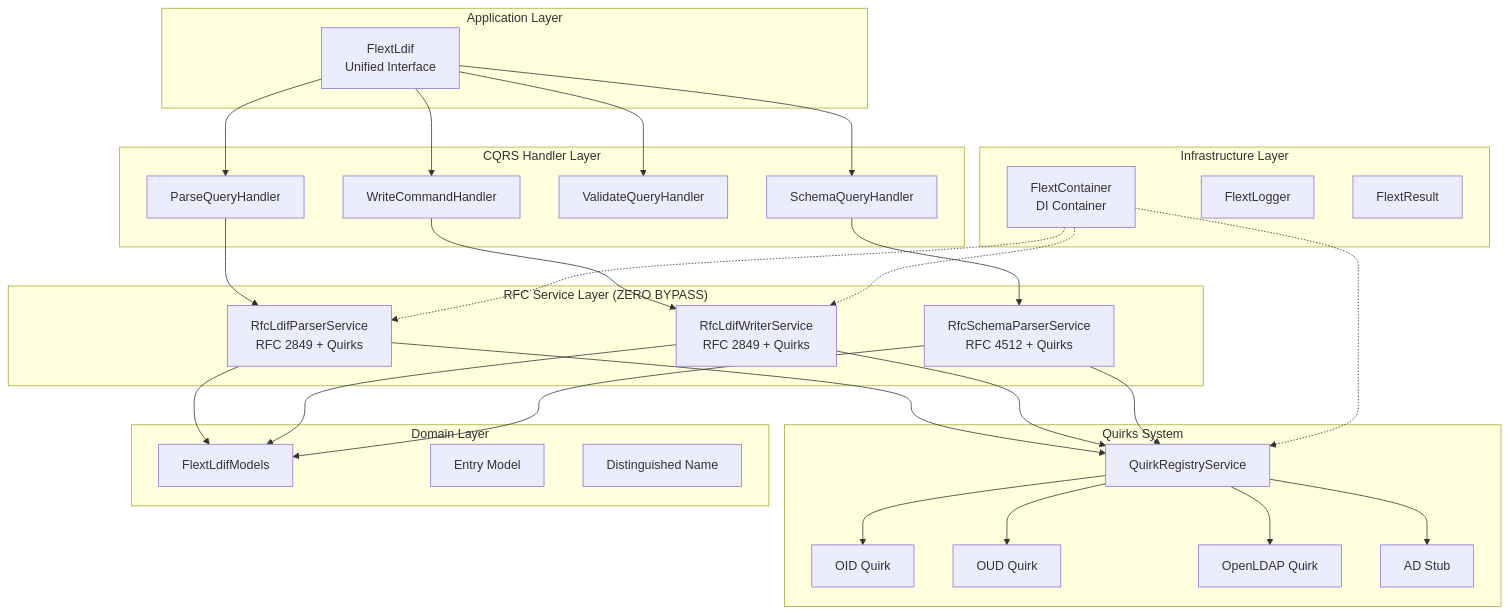
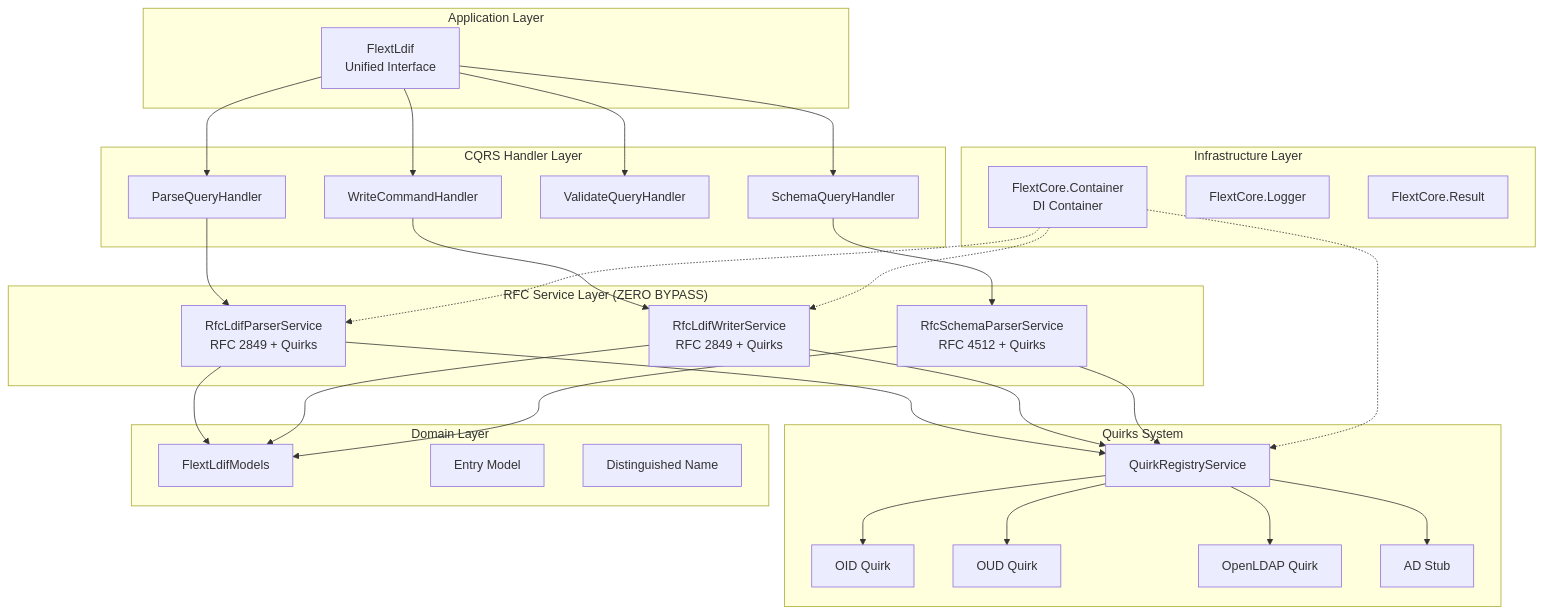
Before and after one commit to flext-sh/flext-ldif: the first of 4 diagrams in docs/architecture.md, drawn with Mermaid. The commit also changed other lines of this file and 112 other files, not shown here.

````diff
--- a/docs/architecture.md
+++ b/docs/architecture.md
@@ -109,65 +109,65 @@
 ```mermaid
 graph TB
     subgraph "Application Layer"
         API[FlextLdif<br/>Unified Interface]
     end
 
     subgraph "CQRS Handler Layer"
         ParseHandler[ParseQueryHandler]
         WriteHandler[WriteCommandHandler]
         ValidateHandler[ValidateQueryHandler]
         SchemaHandler[SchemaQueryHandler]
     end
 
     subgraph "RFC Service Layer (ZERO BYPASS)"
         RfcParser[RfcLdifParserService<br/>RFC 2849 + Quirks]
         RfcWriter[RfcLdifWriterService<br/>RFC 2849 + Quirks]
         RfcSchemaParser[RfcSchemaParserService<br/>RFC 4512 + Quirks]
     end
 
     subgraph "Quirks System"
         Registry[QuirkRegistryService]
         OIDQuirk[OID Quirk]
         OUDQuirk[OUD Quirk]
         OpenLDAPQuirk[OpenLDAP Quirk]
         ADStub[AD Stub]
     end
 
     subgraph "Domain Layer"
         Models[FlextLdifModels]
         Entry[Entry Model]
         DN[Distinguished Name]
     end
 
     subgraph "Infrastructure Layer"
-        Container[FlextContainer<br/>DI Container]
-        Logger[FlextLogger]
-        Result[FlextResult]
+        Container[FlextCore.Container<br/>DI Container]
+        Logger[FlextCore.Logger]
+        Result[FlextCore.Result]
     end
 
     API --> ParseHandler
     API --> WriteHandler
     API --> ValidateHandler
     API --> SchemaHandler
 
     ParseHandler --> RfcParser
     WriteHandler --> RfcWriter
     SchemaHandler --> RfcSchemaParser
 
     RfcParser --> Registry
     RfcWriter --> Registry
     RfcSchemaParser --> Registry
 
     Registry --> OIDQuirk
     Registry --> OUDQuirk
     Registry --> OpenLDAPQuirk
     Registry --> ADStub
 
     RfcParser --> Models
     RfcWriter --> Models
     RfcSchemaParser --> Models
 
     Container -.-> RfcParser
     Container -.-> RfcWriter
     Container -.-> Registry
 ```
````
